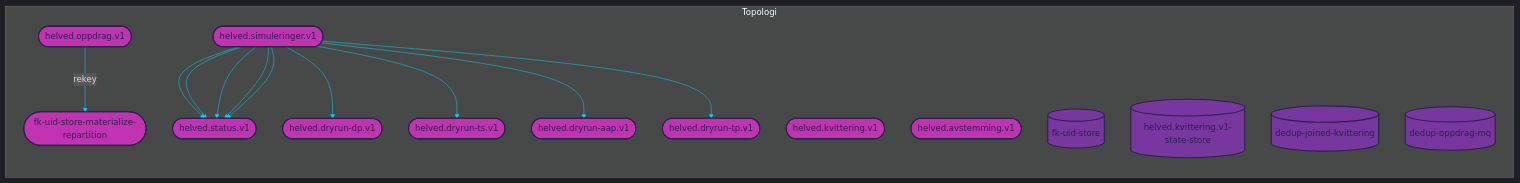
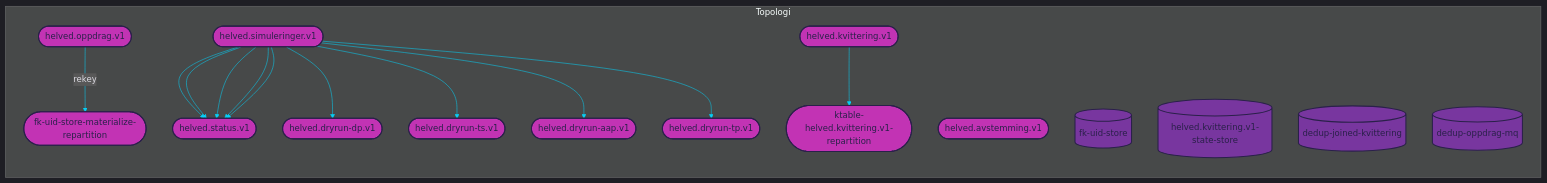
One commit to navikt/helved-utbetaling changed the diagram in dokumentasjon/urskog.mmd. Above: the diagram before and after it, drawn with Mermaid. The commit also changed 21 other files, not shown here.

```diff
--- a/dokumentasjon/urskog.mmd
+++ b/dokumentasjon/urskog.mmd
@@ -1,89 +1,92 @@
 
 %%{init: {'theme': 'dark', 'themeVariables': { 'primaryColor': '#07cff6', 'textColor': '#dad9e0', 'lineColor': '#07cff6'}}}%%
 
 graph LR
 
 subgraph Topologi
     %% TOPICS
     helved.simuleringer.v1([helved.simuleringer.v1])
 	helved.dryrun-aap.v1([helved.dryrun-aap.v1])
 	helved.status.v1([helved.status.v1])
 	helved.dryrun-dp.v1([helved.dryrun-dp.v1])
 	helved.dryrun-ts.v1([helved.dryrun-ts.v1])
 	helved.dryrun-tp.v1([helved.dryrun-tp.v1])
 	helved.kvittering.v1([helved.kvittering.v1])
+	ktable-helved.kvittering.v1-repartition([ktable-helved.kvittering.v1-repartition])
 	fk-uid-store-materialize-repartition([fk-uid-store-materialize-repartition])
 	helved.oppdrag.v1([helved.oppdrag.v1])
 	helved.avstemming.v1([helved.avstemming.v1])
 
     %% JOINS
     
 
     %% STATE PROCESSORS
     
     
     %% STATE STORES
     fk-uid-store[(fk-uid-store)]
 	helved.kvittering.v1-state-store[(helved.kvittering.v1-state-store)]
 	dedup-joined-kvittering[(dedup-joined-kvittering)]
 	dedup-oppdrag-mq[(dedup-oppdrag-mq)]
     
     %% DATABASES
     
     
 
     %% PROCESSOR API JOBS
     
     
     %% JOIN STREAMS
     
 
     %% TABLE STREAMS
     
 
     %% JOB STREAMS
     
     
     %% BRANCH STREAMS
     
 
     %% REPARTITION STREAMS
     helved.oppdrag.v1 --> |rekey| fk-uid-store-materialize-repartition
     
     %% BASIC STREAMS
     helved.simuleringer.v1 --> helved.status.v1
 	helved.simuleringer.v1 --> helved.dryrun-dp.v1
 	helved.simuleringer.v1 --> helved.dryrun-ts.v1
 	helved.simuleringer.v1 --> helved.status.v1
 	helved.simuleringer.v1 --> helved.status.v1
 	helved.simuleringer.v1 --> helved.dryrun-aap.v1
 	helved.simuleringer.v1 --> helved.status.v1
 	helved.simuleringer.v1 --> helved.dryrun-tp.v1
 	helved.simuleringer.v1 --> helved.status.v1
+	helved.kvittering.v1 --> ktable-helved.kvittering.v1-repartition
     
     %% CUSTOM PROCESS STREAMS
     
 end
 
 %% COLORS
 %% light    #dad9e0
 %% purple   #78369f
 %% pink     #c233b4
 %% dark     #2a204a
 %% blue     #07cff6
 
 %% STYLES
 style helved.simuleringer.v1 fill:#c233b4, stroke:#2a204a, stroke-width:2px, color:#2a204a
 style helved.dryrun-aap.v1 fill:#c233b4, stroke:#2a204a, stroke-width:2px, color:#2a204a
 style helved.status.v1 fill:#c233b4, stroke:#2a204a, stroke-width:2px, color:#2a204a
 style helved.dryrun-dp.v1 fill:#c233b4, stroke:#2a204a, stroke-width:2px, color:#2a204a
 style helved.dryrun-ts.v1 fill:#c233b4, stroke:#2a204a, stroke-width:2px, color:#2a204a
 style helved.dryrun-tp.v1 fill:#c233b4, stroke:#2a204a, stroke-width:2px, color:#2a204a
 style helved.kvittering.v1 fill:#c233b4, stroke:#2a204a, stroke-width:2px, color:#2a204a
+style ktable-helved.kvittering.v1-repartition fill:#c233b4, stroke:#2a204a, stroke-width:2px, color:#2a204a
 style fk-uid-store-materialize-repartition fill:#c233b4, stroke:#2a204a, stroke-width:2px, color:#2a204a
 style helved.oppdrag.v1 fill:#c233b4, stroke:#2a204a, stroke-width:2px, color:#2a204a
 style helved.avstemming.v1 fill:#c233b4, stroke:#2a204a, stroke-width:2px, color:#2a204a
 style fk-uid-store fill:#78369f, stroke:#2a204a, stroke-width:2px, color:#2a204a
 style helved.kvittering.v1-state-store fill:#78369f, stroke:#2a204a, stroke-width:2px, color:#2a204a
 style dedup-joined-kvittering fill:#78369f, stroke:#2a204a, stroke-width:2px, color:#2a204a
 style dedup-oppdrag-mq fill:#78369f, stroke:#2a204a, stroke-width:2px, color:#2a204a
```
